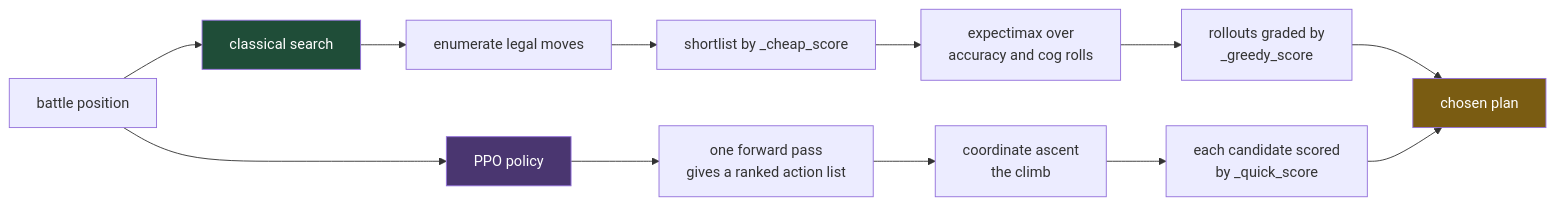
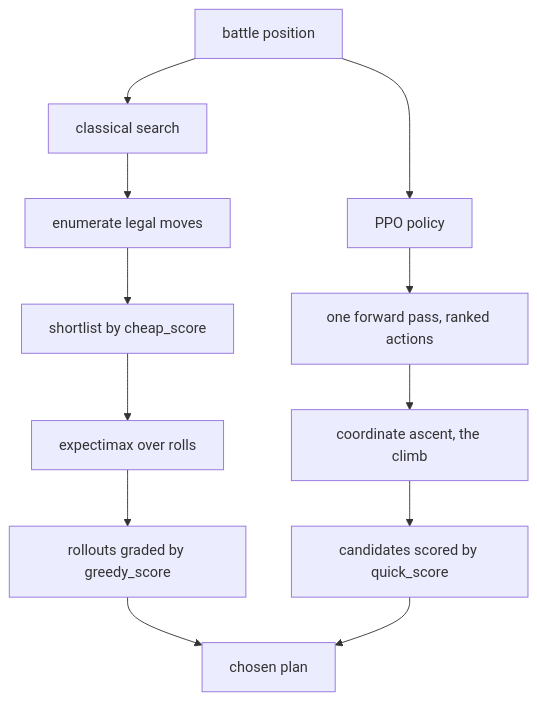
Before and after one commit to Angle-Brackets/TTRSolver: the second of 6 diagrams in README.md, drawn with Mermaid. The commit also changed other lines of this file, not shown here.

First line of the commit message:
README: drop the sermon, document training, plain-text diagrams

````diff
--- a/README.md
+++ b/README.md
@@ -270,20 +234,14 @@
 ```mermaid
-graph LR
-    P["battle position"] --> A["classical search"]
-    P --> B["PPO policy"]
-
-    A --> A1["enumerate legal moves"]
-    A1 --> A2["shortlist by _cheap_score"]
-    A2 --> A3["expectimax over<br/>accuracy and cog rolls"]
-    A3 --> A4["rollouts graded by<br/>_greedy_score"]
-    A4 --> M["chosen plan"]
-
-    B --> B1["one forward pass<br/>gives a ranked action list"]
-    B1 --> B2["coordinate ascent<br/>the climb"]
-    B2 --> B3["each candidate scored<br/>by _quick_score"]
+flowchart TD
+    P[battle position] --> A[classical search]
+    P --> B[PPO policy]
+    A --> A1[enumerate legal moves]
+    A1 --> A2[shortlist by cheap_score]
+    A2 --> A3[expectimax over rolls]
+    A3 --> A4[rollouts graded by greedy_score]
+    A4 --> M[chosen plan]
+    B --> B1[one forward pass, ranked actions]
+    B1 --> B2[coordinate ascent, the climb]
+    B2 --> B3[candidates scored by quick_score]
     B3 --> M
-
-    style A fill:#1f4d38,color:#fff
-    style B fill:#4a3670,color:#fff
-    style M fill:#7a5c12,color:#fff
 ```
````
